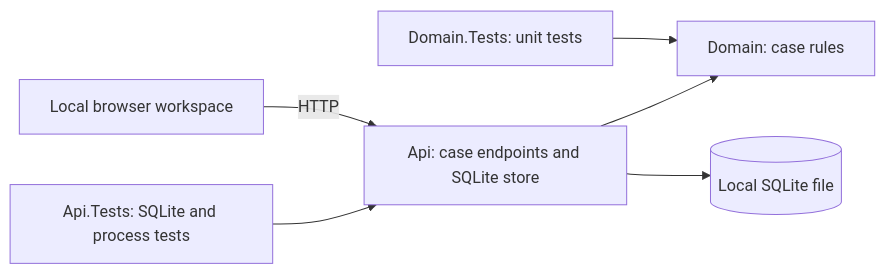
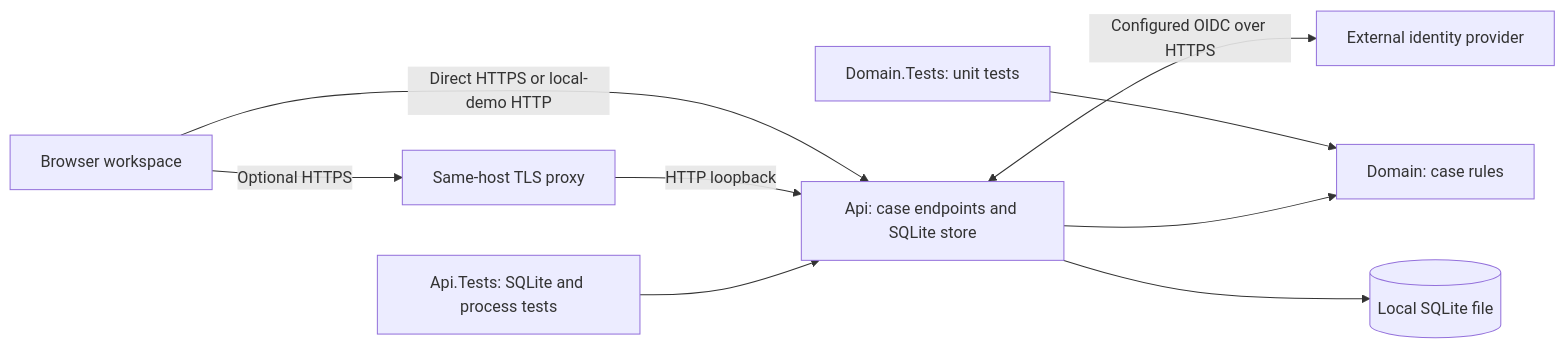
Before and after one commit to shivamchopra/enterprise-case-intelligence: the diagram in README.md, drawn with Mermaid. The commit also changed other lines of this file and 19 other files, not shown here.

Commit message:
Add explicit trusted loopback proxy ingress for review hosting

````diff
--- a/README.md
+++ b/README.md
@@ -59,8 +60,11 @@
 ```mermaid
 flowchart LR
-    Browser[Local browser workspace] -->|HTTP| Api
+    Browser[Browser workspace] -->|Direct HTTPS or local-demo HTTP| Api
+    Browser -->|Optional HTTPS| Proxy[Same-host TLS proxy]
+    Proxy -->|HTTP loopback| Api
+    Api <-->|Configured OIDC over HTTPS| Identity[External identity provider]
     ApiTests[Api.Tests: SQLite and process tests] --> Api[Api: case endpoints and SQLite store]
     DomainTests[Domain.Tests: unit tests] --> Domain[Domain: case rules]
     Api --> Domain
     Api --> Database[(Local SQLite file)]
 ```
````
